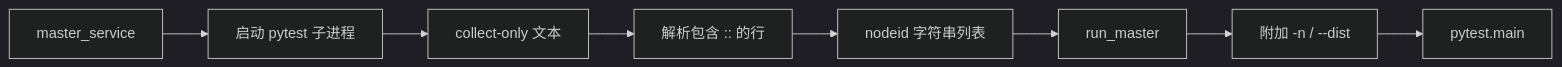
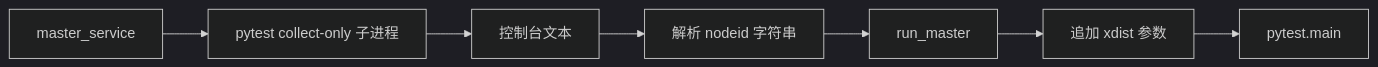
Before and after one commit to wjy801/llm_api_case: the tenth of 20 diagrams in course/DAY01_EVOLUTION_PROBLEM_MAP.md, drawn with Mermaid (dark theme). The commit also changed other lines of this file, not shown here.

````diff
--- a/course/DAY01_EVOLUTION_PROBLEM_MAP.md
+++ b/course/DAY01_EVOLUTION_PROBLEM_MAP.md
@@ -288,10 +244,9 @@
 ```mermaid
 flowchart LR
-    A[master_service] --> B[启动 pytest 子进程]
-    B --> C[collect-only 文本]
-    C --> D[解析包含 :: 的行]
-    D --> E[nodeid 字符串列表]
-    E --> F[run_master]
-    F --> G[附加 -n / --dist]
-    G --> H[pytest.main]
+    A["master_service"] --> B["pytest collect-only 子进程"]
+    B --> C["控制台文本"]
+    C --> D["解析 nodeid 字符串"]
+    D --> E["run_master"]
+    E --> F["追加 xdist 参数"]
+    F --> G["pytest.main"]
 ```
````
